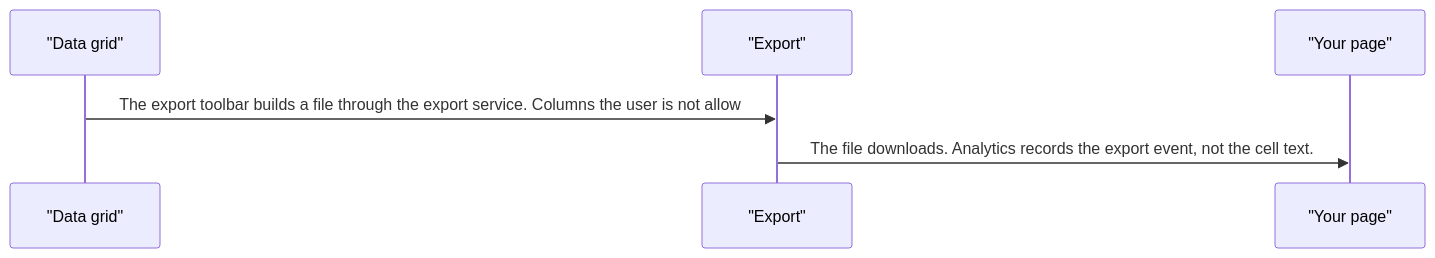
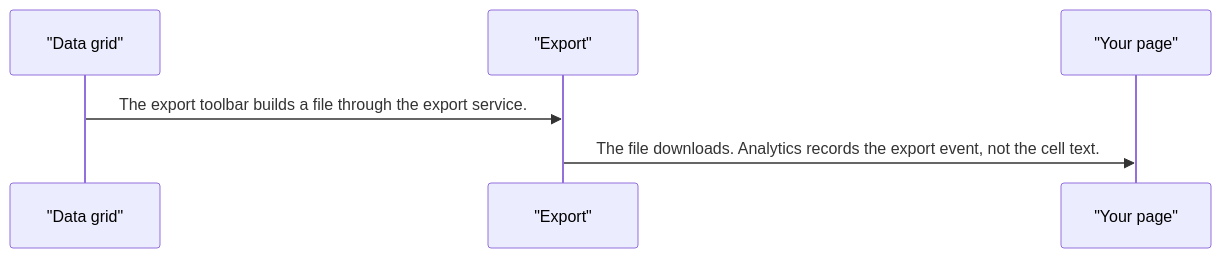
Before and after one commit to RajshekharBorate/pixel-ui: the sixth of 6 diagrams in projects/pixel-ui/src/lib/pixel-data-grid/DESIGN.md, drawn with Mermaid. The commit also changed other lines of this file and 80 other files, not shown here.

Commit message:
Fill missing design flows and correct the stories that did not match component behavior.

````diff
--- a/projects/pixel-ui/src/lib/pixel-data-grid/DESIGN.md
+++ b/projects/pixel-ui/src/lib/pixel-data-grid/DESIGN.md
@@ -96,8 +115,8 @@
 ```mermaid
 sequenceDiagram
   participant grid as "Data grid"
   participant export as "Export"
   participant page as "Your page"
-  grid->>export: The export toolbar builds a file through the export service. Columns the user is not allow
+  grid->>export: The export toolbar builds a file through the export service.
   export->>page: The file downloads. Analytics records the export event, not the cell text.
 ```
````
